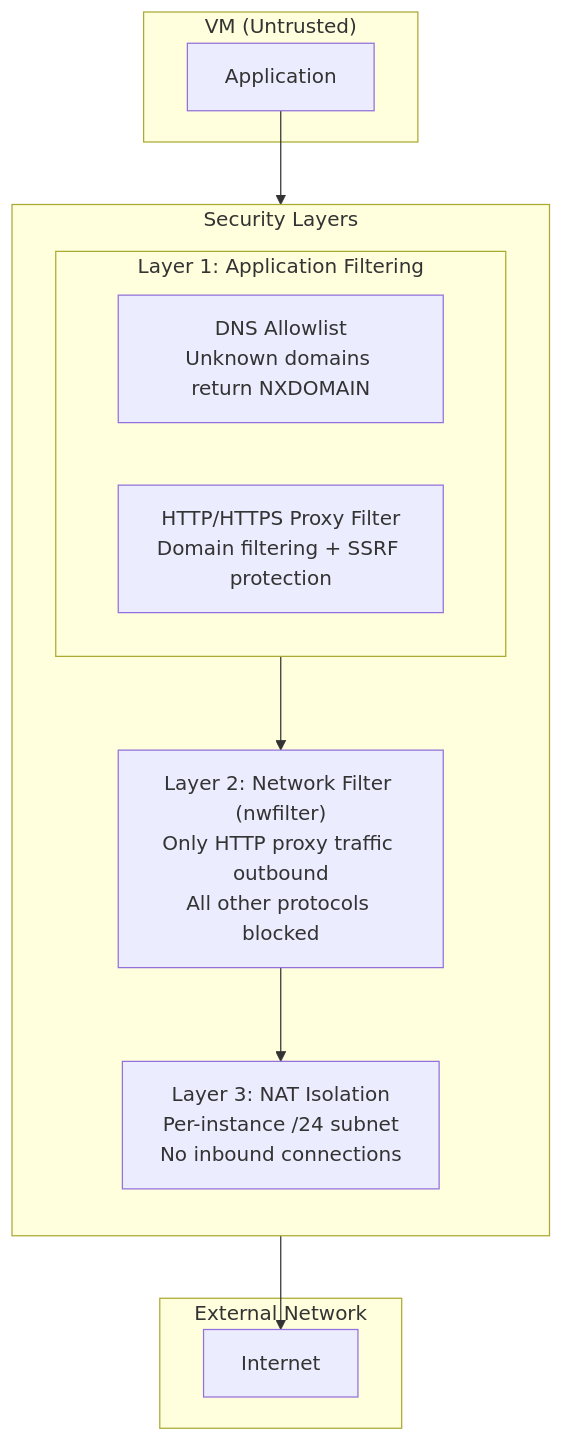
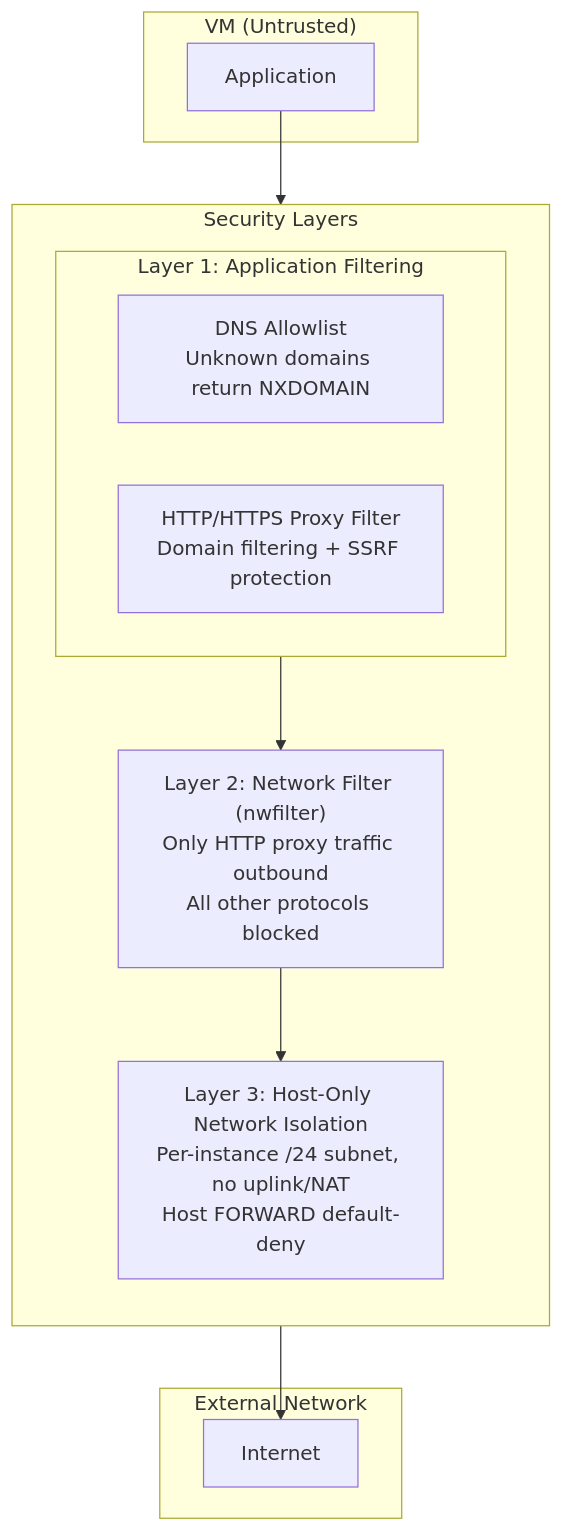
Before and after one commit to sandialabs/abox: the first of 2 diagrams in docs/security.md, drawn with Mermaid. The commit also changed other lines of this file and 451 other files, not shown here.

````diff
--- a/docs/security.md
+++ b/docs/security.md
@@ -32,25 +32,25 @@
 ```mermaid
 flowchart TB
     subgraph VM["VM (Untrusted)"]
         app[Application]
     end
 
     subgraph Layers["Security Layers"]
         direction TB
         subgraph L1["Layer 1: Application Filtering"]
             L1a["DNS Allowlist<br/>Unknown domains return NXDOMAIN"]
             L1b["HTTP/HTTPS Proxy Filter<br/>Domain filtering + SSRF protection"]
         end
         L2["Layer 2: Network Filter (nwfilter)<br/>Only HTTP proxy traffic outbound<br/>All other protocols blocked"]
-        L3["Layer 3: NAT Isolation<br/>Per-instance /24 subnet<br/>No inbound connections"]
+        L3["Layer 3: Host-Only Network Isolation<br/>Per-instance /24 subnet, no uplink/NAT<br/>Host FORWARD default-deny"]
     end
 
     subgraph External["External Network"]
         internet[Internet]
     end
 
     app --> L1
     L1 --> L2
     L2 --> L3
     L3 --> internet
 ```
````
